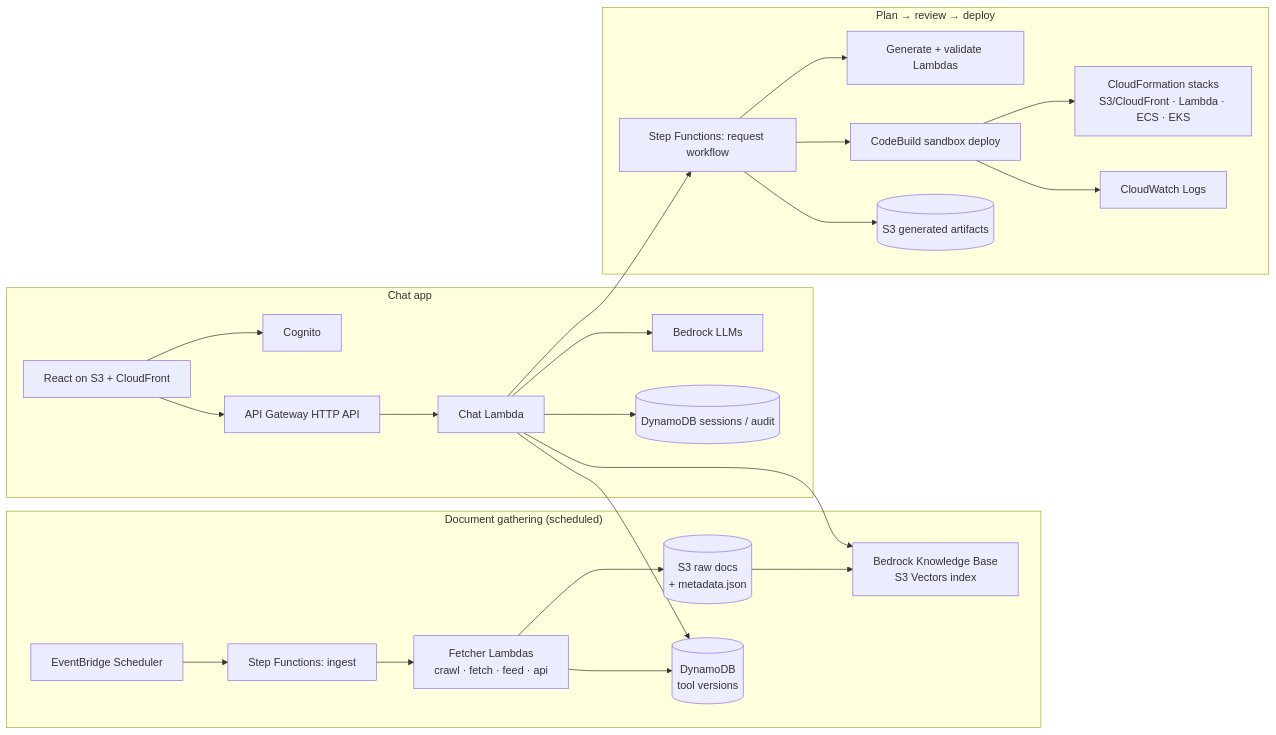
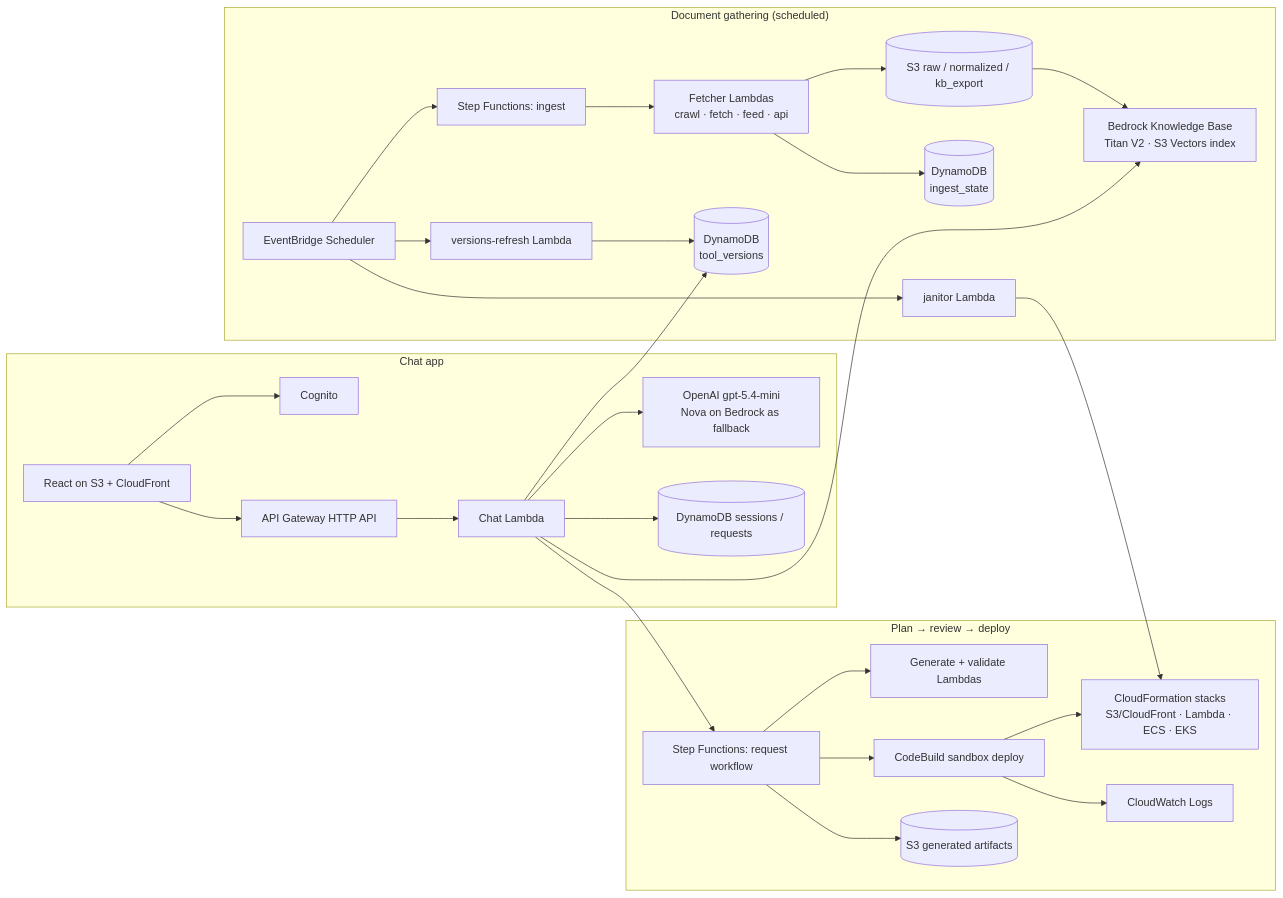
One commit to RohanBhalla/infrapilot changed the diagram in docs/DEVELOPMENT_PLAN.md. Above: the diagram before and after it, drawn with Mermaid. The commit also changed other lines of this file, not shown here.

First line of the commit message:
Update plan architecture: data stores, DynamoDB tables, Lambdas, flows

````diff
--- a/docs/DEVELOPMENT_PLAN.md
+++ b/docs/DEVELOPMENT_PLAN.md
@@ -60,29 +60,32 @@
 ```mermaid
 flowchart LR
   subgraph Ingestion["Document gathering (scheduled)"]
     SCH[EventBridge Scheduler] --> SFI[Step Functions: ingest]
     SFI --> FL[Fetcher Lambdas<br/>crawl · fetch · feed · api]
-    FL --> RAW[(S3 raw docs<br/>+ metadata.json)]
-    FL --> VER[(DynamoDB<br/>tool versions)]
-    RAW --> KB[Bedrock Knowledge Base<br/>S3 Vectors index]
+    FL --> RAW[(S3 raw / normalized / kb_export)]
+    FL --> IST[(DynamoDB<br/>ingest_state)]
+    RAW --> KB[Bedrock Knowledge Base<br/>Titan V2 · S3 Vectors index]
+    SCH --> VR[versions-refresh Lambda] --> VER[(DynamoDB<br/>tool_versions)]
+    SCH --> JAN[janitor Lambda]
   end
 
   subgraph App["Chat app"]
     UI[React on S3 + CloudFront] --> COG[Cognito]
     UI --> API[API Gateway HTTP API]
     API --> CHAT[Chat Lambda]
     CHAT --> KB
-    CHAT --> BR[Bedrock LLMs]
+    CHAT --> LLM[OpenAI gpt-5.4-mini<br/>Nova on Bedrock as fallback]
     CHAT --> VER
-    CHAT --> SESS[(DynamoDB sessions / audit)]
+    CHAT --> SESS[(DynamoDB sessions / requests)]
   end
 
   subgraph Action["Plan → review → deploy"]
     CHAT --> SFW[Step Functions: request workflow]
     SFW --> GEN[Generate + validate Lambdas]
     SFW --> CB[CodeBuild sandbox deploy]
     CB --> CFN[CloudFormation stacks<br/>S3/CloudFront · Lambda · ECS · EKS]
     CB --> CWL[CloudWatch Logs]
+    JAN --> CFN
     SFW --> ART[(S3 generated artifacts)]
   end
 ```
````
